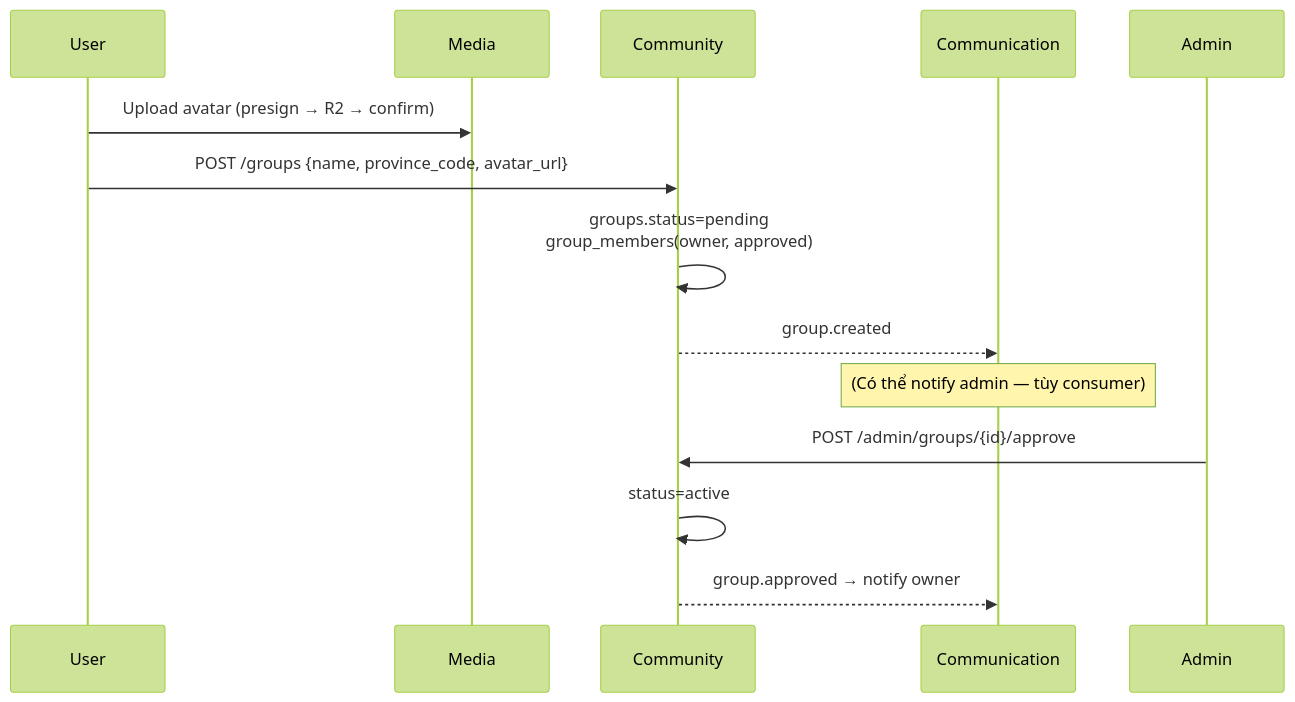
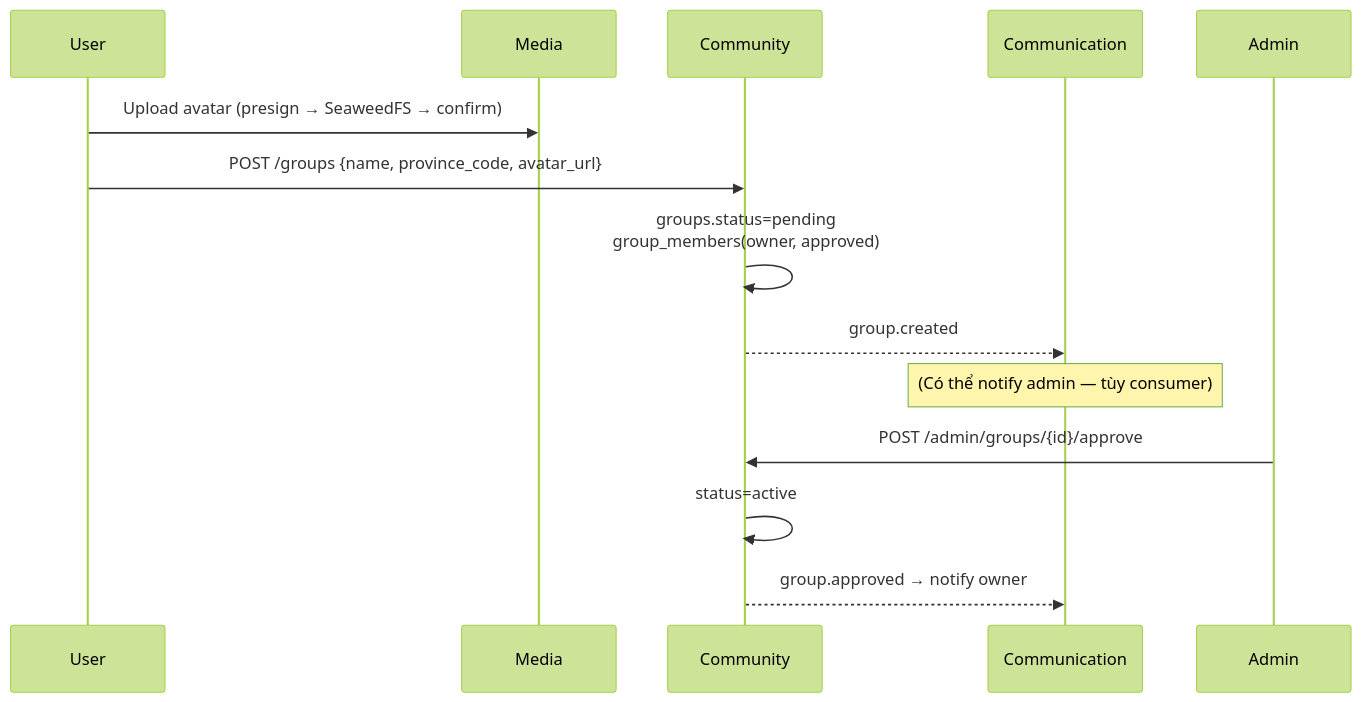
The first of 2 diagrams in docs/services/community.md (hieusoft/project4), drawn with Mermaid (forest theme) before and after one commit. The commit also changed 28 other files, not shown here.

````diff
--- a/docs/services/community.md
+++ b/docs/services/community.md
@@ -96,17 +96,17 @@
 ```mermaid
 sequenceDiagram
     participant U as User
     participant M as Media
     participant CM as Community
     participant COM as Communication
     participant AD as Admin
 
-    U->>M: Upload avatar (presign → R2 → confirm)
+    U->>M: Upload avatar (presign → SeaweedFS → confirm)
     U->>CM: POST /groups {name, province_code, avatar_url}
     CM->>CM: groups.status=pending<br/>group_members(owner, approved)
     CM-->>COM: group.created
     Note over COM: (Có thể notify admin — tùy consumer)
     AD->>CM: POST /admin/groups/{id}/approve
     CM->>CM: status=active
     CM-->>COM: group.approved → notify owner
 ```
````
